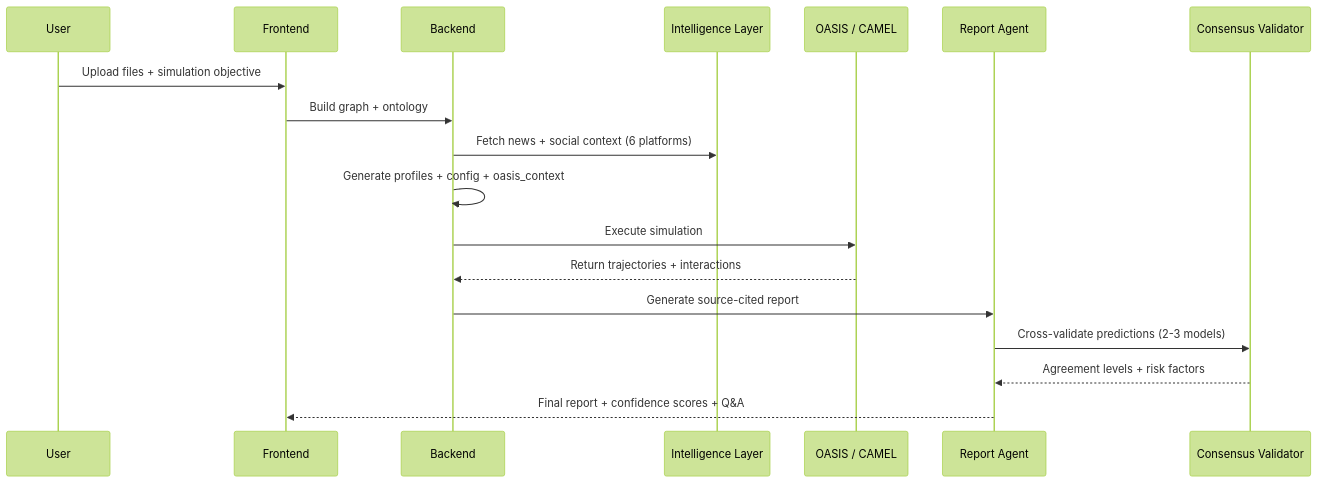
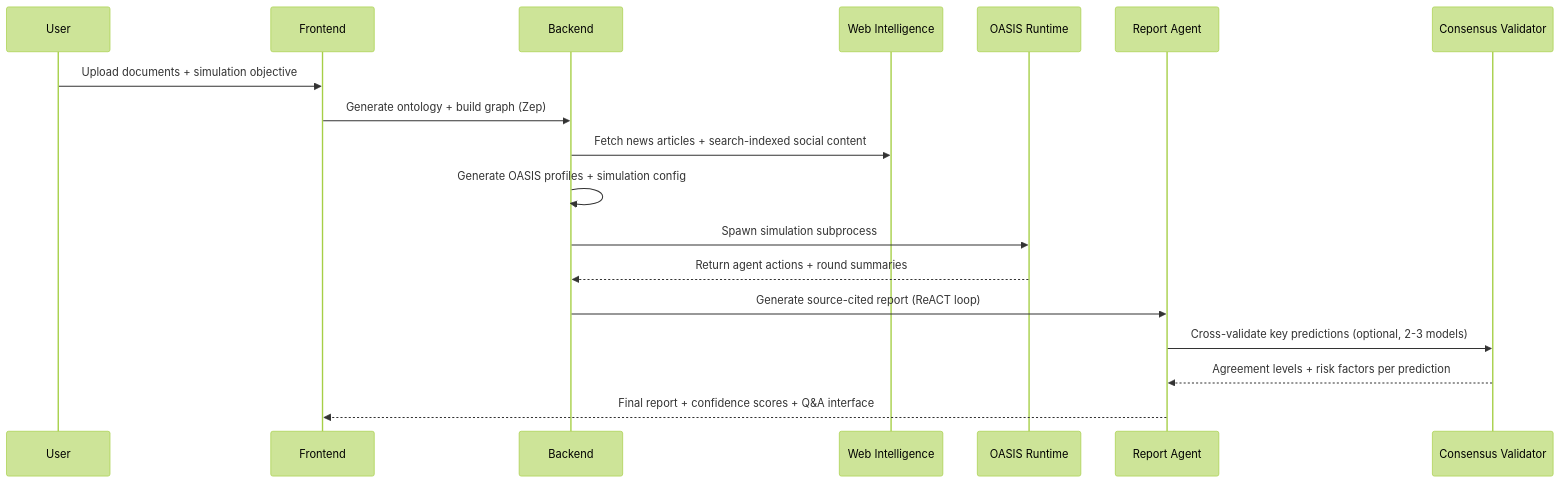
Before and after one commit to inbharatai/phoring: the second of 2 diagrams in README.md, drawn with Mermaid (forest theme). The commit also changed other lines of this file, not shown here.

````diff
--- a/README.md
+++ b/README.md
@@ -102,21 +117,21 @@
 ```mermaid
 sequenceDiagram
     participant User
     participant Frontend
     participant Backend
-    participant Intel as Intelligence Layer
-    participant Runtime as OASIS / CAMEL
+    participant Intel as Web Intelligence
+    participant Runtime as OASIS Runtime
     participant Report as Report Agent
     participant Consensus as Consensus Validator
 
-    User->>Frontend: Upload files + simulation objective
-    Frontend->>Backend: Build graph + ontology
-    Backend->>Intel: Fetch news + social context (6 platforms)
-    Backend->>Backend: Generate profiles + config + oasis_context
-    Backend->>Runtime: Execute simulation
-    Runtime-->>Backend: Return trajectories + interactions
-    Backend->>Report: Generate source-cited report
-    Report->>Consensus: Cross-validate predictions (2-3 models)
-    Consensus-->>Report: Agreement levels + risk factors
-    Report-->>Frontend: Final report + confidence scores + Q&A
+    User->>Frontend: Upload documents + simulation objective
+    Frontend->>Backend: Generate ontology + build graph (Zep)
+    Backend->>Intel: Fetch news articles + search-indexed social content
+    Backend->>Backend: Generate OASIS profiles + simulation config
+    Backend->>Runtime: Spawn simulation subprocess
+    Runtime-->>Backend: Return agent actions + round summaries
+    Backend->>Report: Generate source-cited report (ReACT loop)
+    Report->>Consensus: Cross-validate key predictions (optional, 2-3 models)
+    Consensus-->>Report: Agreement levels + risk factors per prediction
+    Report-->>Frontend: Final report + confidence scores + Q&A interface
 ```
````
